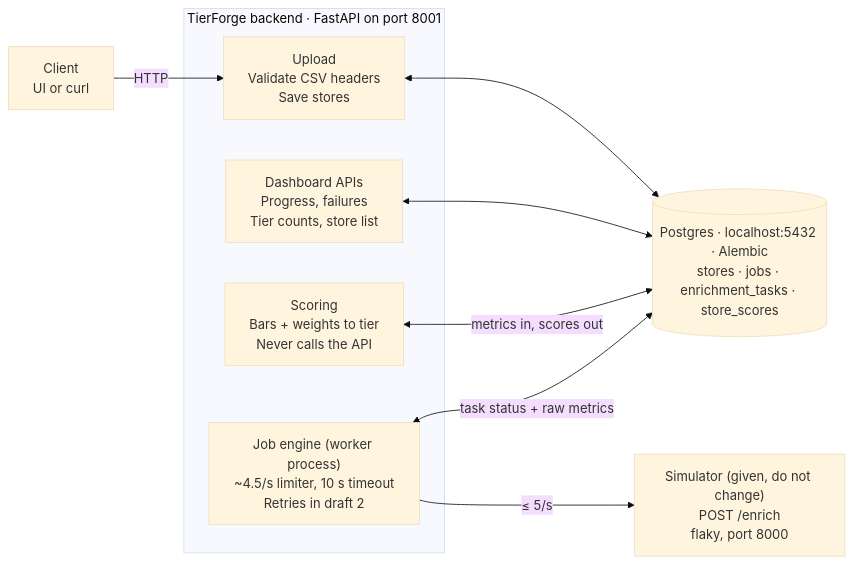
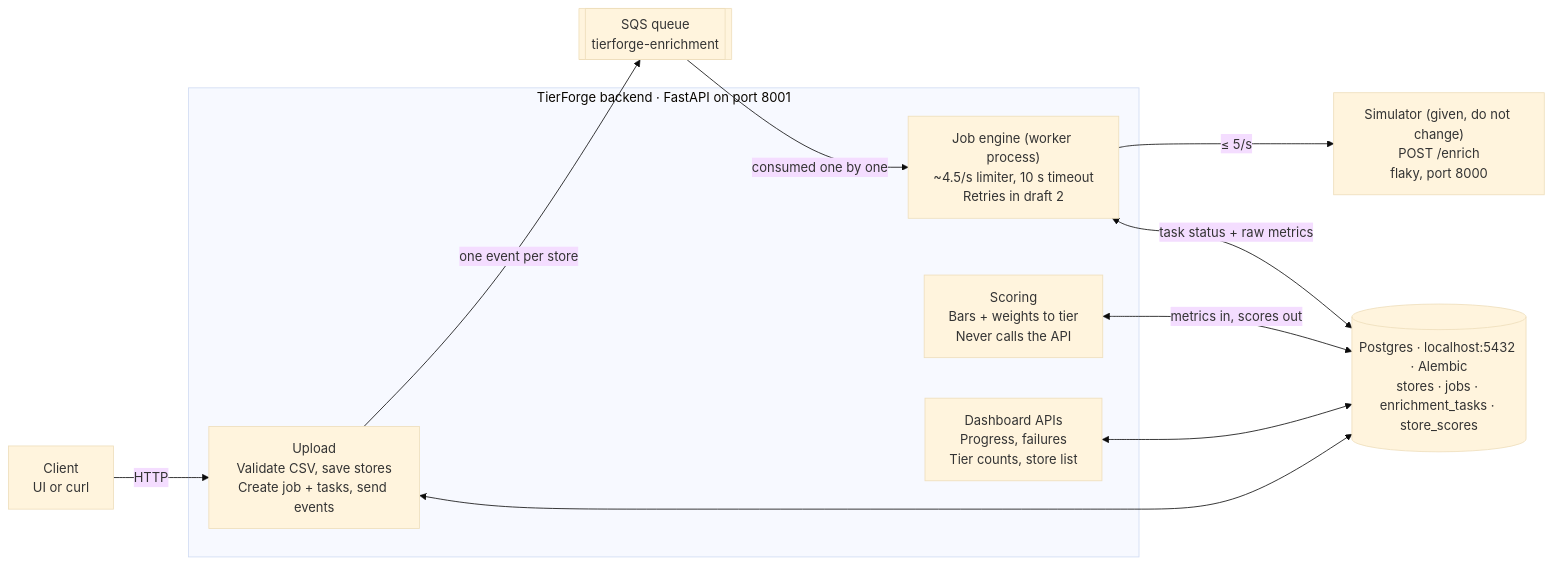
The diagram in REQUIREMENTS.md (Sayan3sarkar/sigmoid-tierforge), drawn with Mermaid (base theme) before and after one commit. The commit also changed other lines of this file and 42 other files, not shown here.

Commit message:
Upload API creates jobs and triggers task events per store

````diff
--- a/REQUIREMENTS.md
+++ b/REQUIREMENTS.md
@@ -75,15 +75,17 @@
 ```mermaid
 flowchart LR
     Client["Client<br/>UI or curl"] -- HTTP --> Upload
     subgraph Backend["TierForge backend · FastAPI on port 8001"]
-        Upload["Upload<br/>Validate CSV headers<br/>Save stores"]
+        Upload["Upload<br/>Validate CSV, save stores<br/>Create job + tasks, send events"]
         Dashboard["Dashboard APIs<br/>Progress, failures<br/>Tier counts, store list"]
         Scoring["Scoring<br/>Bars + weights to tier<br/>Never calls the API"]
         Engine["Job engine (worker process)<br/>~4.5/s limiter, 10 s timeout<br/>Retries in draft 2"]
     end
+    Upload -- "one event per store" --> Queue[["SQS queue<br/>tierforge-enrichment"]]
+    Queue -- "consumed one by one" --> Engine
     Engine -- "≤ 5/s" --> Simulator["Simulator (given, do not change)<br/>POST /enrich<br/>flaky, port 8000"]
     Upload <--> PG[("Postgres · localhost:5432 · Alembic<br/>stores · jobs · enrichment_tasks · store_scores")]
     Dashboard <--> PG
     Scoring <-- "metrics in, scores out" --> PG
     Engine <-- "task status + raw metrics" --> PG
 ```
````
